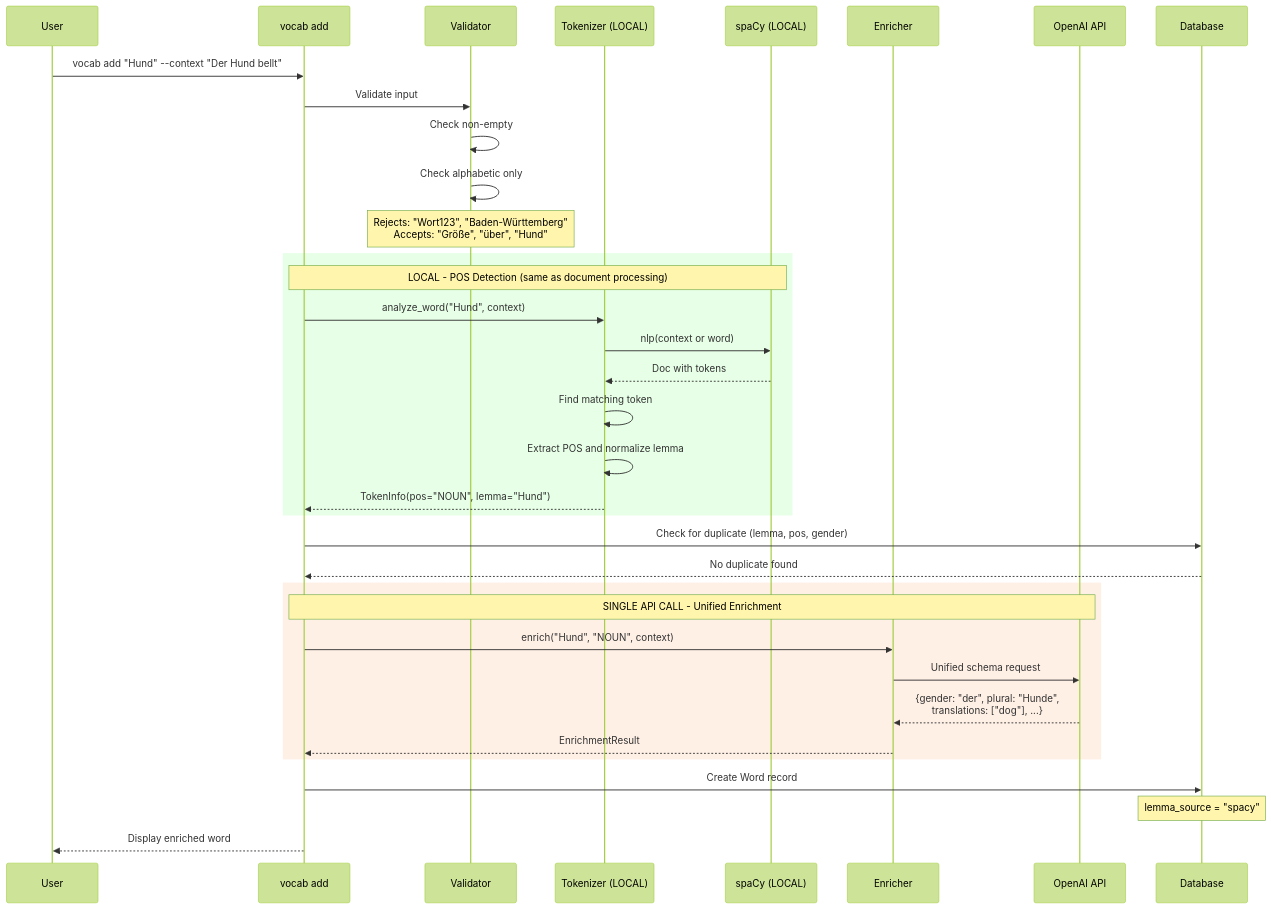
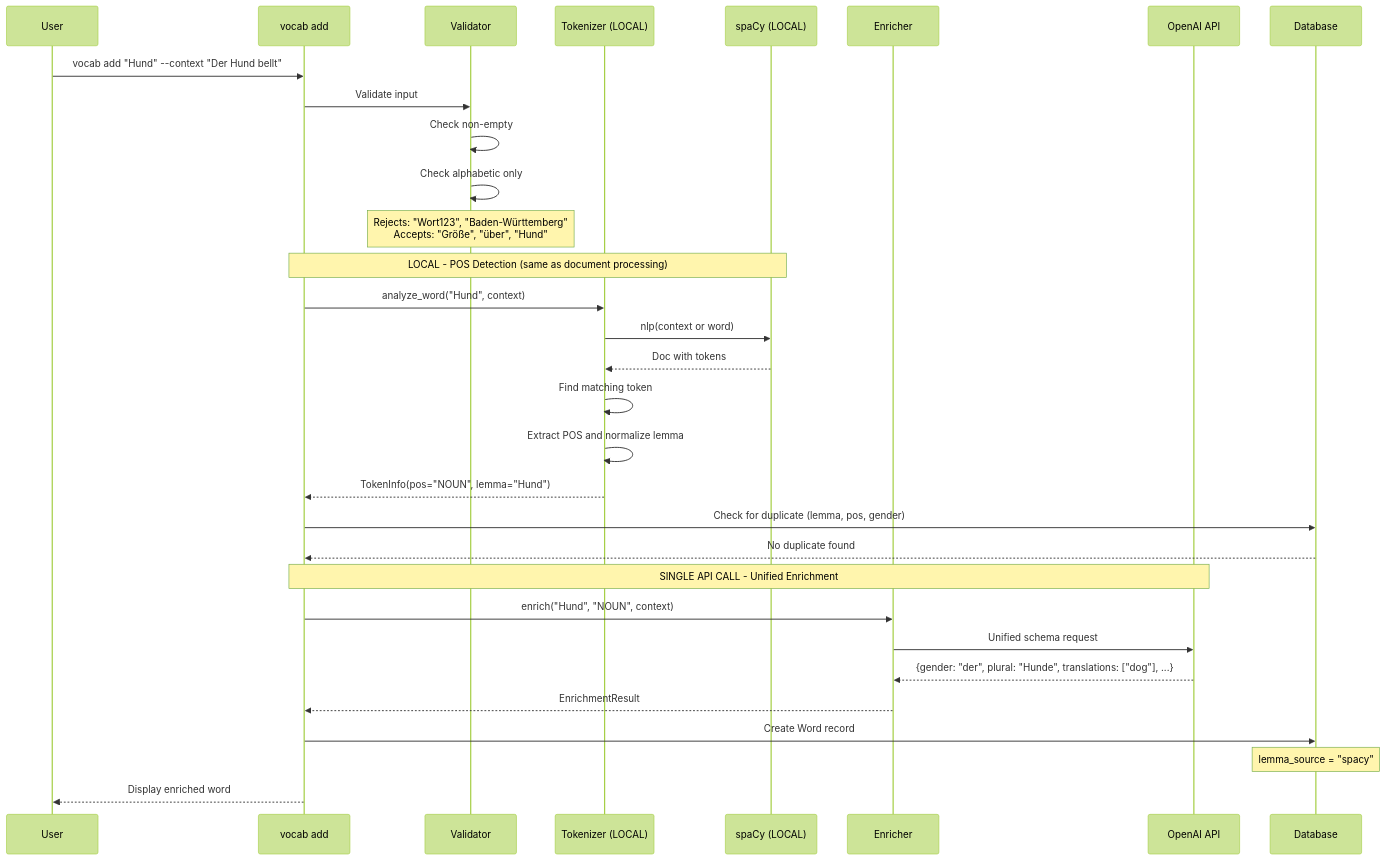
The third of 9 diagrams in docs/llm-pipelines.md (sapientpants/vocabext), drawn with Mermaid (forest theme) before and after one commit. The commit also changed other lines of this file, not shown here.

First line of the commit message:
docs: remove color blocks from Mermaid diagrams

````diff
--- a/docs/llm-pipelines.md
+++ b/docs/llm-pipelines.md
@@ -141,43 +131,39 @@
 ```mermaid
 sequenceDiagram
     participant User
     participant CLI as vocab add
     participant Validator
     participant Tokenizer as Tokenizer (LOCAL)
     participant spaCy as spaCy (LOCAL)
     participant Enricher
     participant API as OpenAI API
     participant DB as Database
 
     User->>CLI: vocab add "Hund" --context "Der Hund bellt"
 
     CLI->>Validator: Validate input
     Validator->>Validator: Check non-empty
     Validator->>Validator: Check alphabetic only
     Note over Validator: Rejects: "Wort123", "Baden-Württemberg"<br/>Accepts: "Größe", "über", "Hund"
 
-    rect rgb(230, 255, 230)
-        Note over CLI,spaCy: LOCAL - POS Detection (same as document processing)
-        CLI->>Tokenizer: analyze_word("Hund", context)
-        Tokenizer->>spaCy: nlp(context or word)
-        spaCy-->>Tokenizer: Doc with tokens
-        Tokenizer->>Tokenizer: Find matching token
-        Tokenizer->>Tokenizer: Extract POS and normalize lemma
-        Tokenizer-->>CLI: TokenInfo(pos="NOUN", lemma="Hund")
-    end
+    Note over CLI,spaCy: LOCAL - POS Detection (same as document processing)
+    CLI->>Tokenizer: analyze_word("Hund", context)
+    Tokenizer->>spaCy: nlp(context or word)
+    spaCy-->>Tokenizer: Doc with tokens
+    Tokenizer->>Tokenizer: Find matching token
+    Tokenizer->>Tokenizer: Extract POS and normalize lemma
+    Tokenizer-->>CLI: TokenInfo(pos="NOUN", lemma="Hund")
 
     CLI->>DB: Check for duplicate (lemma, pos, gender)
     DB-->>CLI: No duplicate found
 
-    rect rgb(255, 240, 230)
-        Note over CLI,API: SINGLE API CALL - Unified Enrichment
-        CLI->>Enricher: enrich("Hund", "NOUN", context)
-        Enricher->>API: Unified schema request
-        API-->>Enricher: {gender: "der", plural: "Hunde",<br/>translations: ["dog"], ...}
-        Enricher-->>CLI: EnrichmentResult
-    end
+    Note over CLI,API: SINGLE API CALL - Unified Enrichment
+    CLI->>Enricher: enrich("Hund", "NOUN", context)
+    Enricher->>API: Unified schema request
+    API-->>Enricher: {gender: "der", plural: "Hunde", translations: ["dog"], ...}
+    Enricher-->>CLI: EnrichmentResult
 
     CLI->>DB: Create Word record
     Note over DB: lemma_source = "spacy"
     CLI-->>User: Display enriched word
 ```
````
